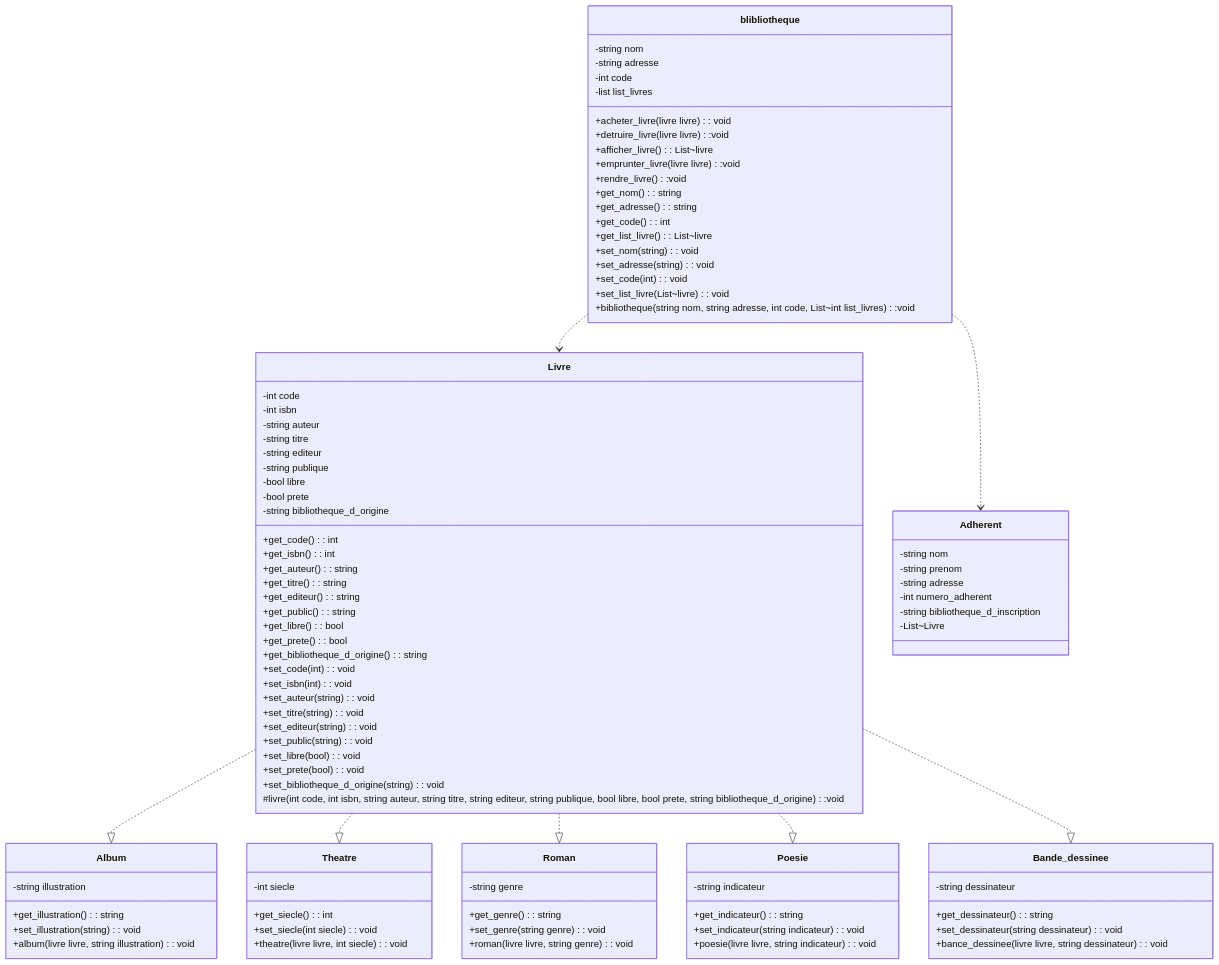
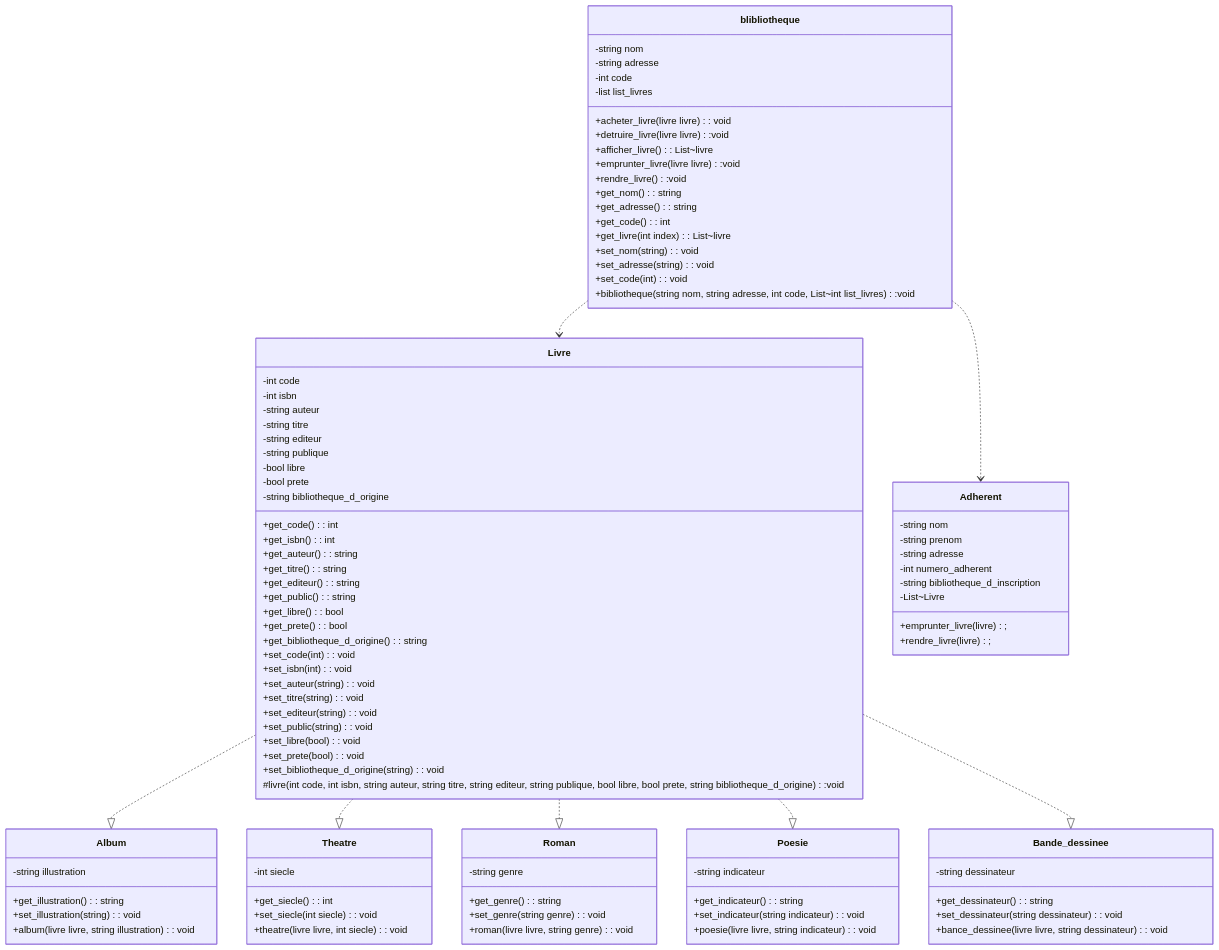
One commit to Esteban-ve/projet-gestion-de-bibliotheques changed the diagram in diagrams/mermaid.md. Above: the diagram before and after it, drawn with Mermaid. The commit also changed 2 other files, not shown here.

Commit message:
mermaid à jour pour obtenir un png

```diff
--- a/diagrams/mermaid.md
+++ b/diagrams/mermaid.md
@@ -24,12 +24,11 @@
     +get_nom(): string
     +get_adresse(): string
     +get_code(): int
-    +get_list_livre(): List~livre
+    +get_livre(int index): List~livre
 
     +set_nom(string): void
     +set_adresse(string): void
     +set_code(int): void
-    +set_list_livre(List~livre): void
 
     +bibliotheque(string nom, string adresse, int code, List~int list_livres):void
     }
@@ -41,6 +40,9 @@
       -int numero_adherent
       -string bibliotheque_d_inscription
       -List~Livre 
+
+      +emprunter_livre(livre);
+      +rendre_livre(livre);
     }
 
     class Livre{
```
